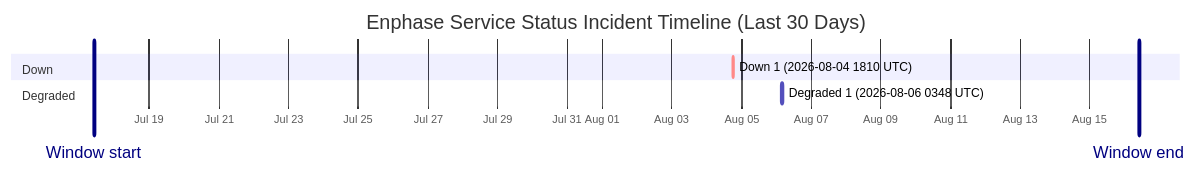
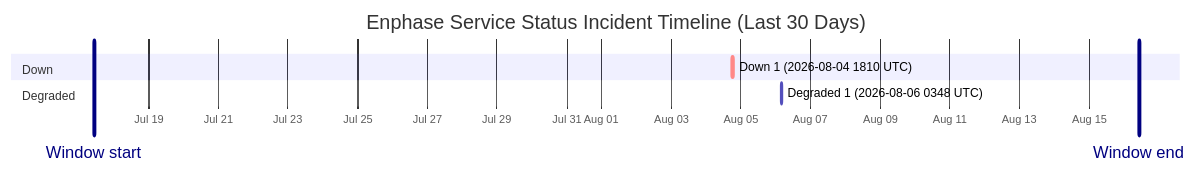
Before and after one commit to barneyonline/ha-enphase-energy: the diagram in wiki/Service-Status-History.md, drawn with Mermaid. The commit also changed other lines of this file and 3 other files, not shown here.

````diff
--- a/wiki/Service-Status-History.md
+++ b/wiki/Service-Status-History.md
@@ -14,12 +14,12 @@
 ```mermaid
 gantt
     title Enphase Service Status Incident Timeline (Last 30 Days)
     dateFormat  YYYY-MM-DDTHH:mm:ss
     axisFormat  %b %d
-    Window start :vert, window-start, 2026-07-17T09:52:35, 0ms
-    Window end :vert, window-end, 2026-08-16T09:52:35, 0ms
+    Window start :vert, window-start, 2026-07-17T10:20:15, 0ms
+    Window end :vert, window-end, 2026-08-16T10:20:15, 0ms
     section Down
     Down 1 (2026-08-04 1810 UTC) :crit, down-1, 2026-08-04T18:10:46, 60m
     section Degraded
     Degraded 1 (2026-08-06 0348 UTC) :active, degraded-1, 2026-08-06T03:48:14, 60m
 ```
````
